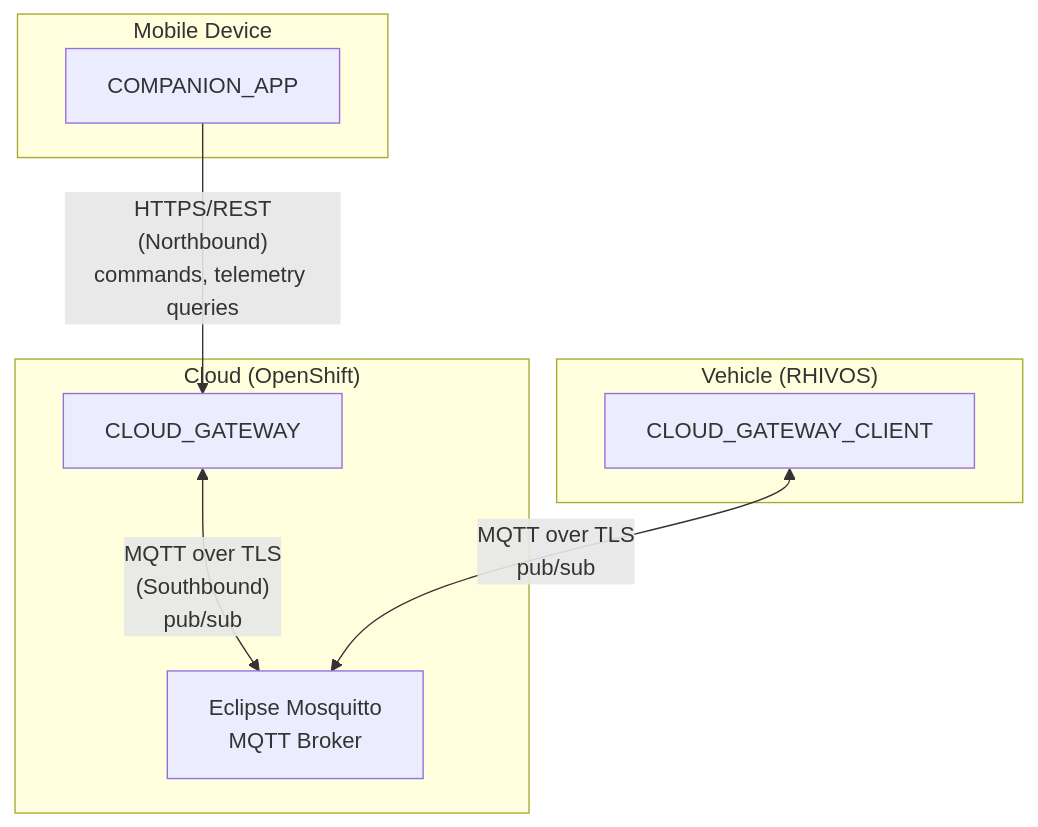
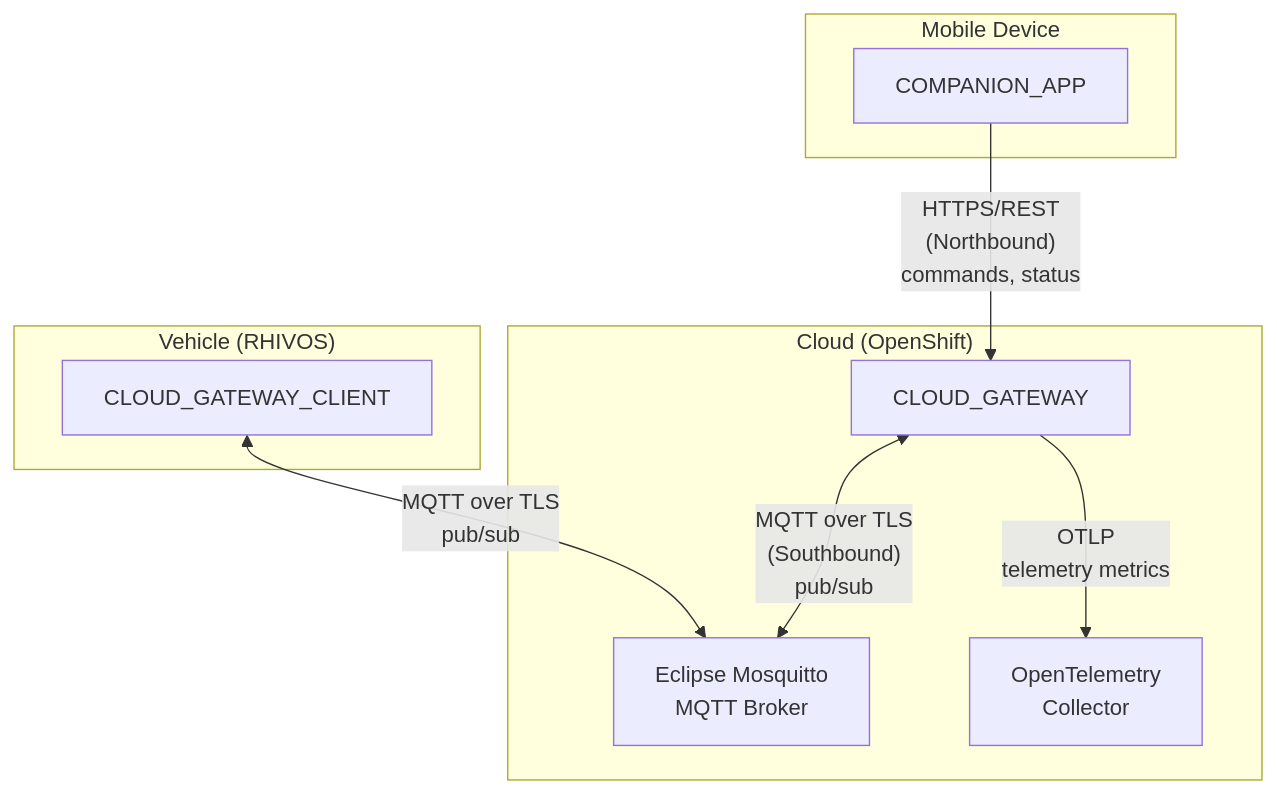
The first of 5 diagrams in .kiro/specs/cloud-gateway/design.md (rhadp/parking-fee-service), drawn with Mermaid before and after one commit. The commit also changed other lines of this file and 2 other files, not shown here.

Commit message:
added OTel

````diff
--- a/.kiro/specs/cloud-gateway/design.md
+++ b/.kiro/specs/cloud-gateway/design.md
@@ -16,19 +16,21 @@
 ```mermaid
 flowchart TB
     subgraph Mobile["Mobile Device"]
         CA[COMPANION_APP]
     end
     
     subgraph Cloud["Cloud (OpenShift)"]
         CG[CLOUD_GATEWAY]
         MQ[Eclipse Mosquitto<br/>MQTT Broker]
+        OTEL[OpenTelemetry<br/>Collector]
     end
     
     subgraph Vehicle["Vehicle (RHIVOS)"]
         CGC[CLOUD_GATEWAY_CLIENT]
     end
     
-    CA -->|"HTTPS/REST<br/>(Northbound)<br/>commands, telemetry queries"| CG
+    CA -->|"HTTPS/REST<br/>(Northbound)<br/>commands, status"| CG
     CG <-->|"MQTT over TLS<br/>(Southbound)<br/>pub/sub"| MQ
+    CG -->|"OTLP<br/>telemetry metrics"| OTEL
     CGC <-->|"MQTT over TLS<br/>pub/sub"| MQ
 ```
````
